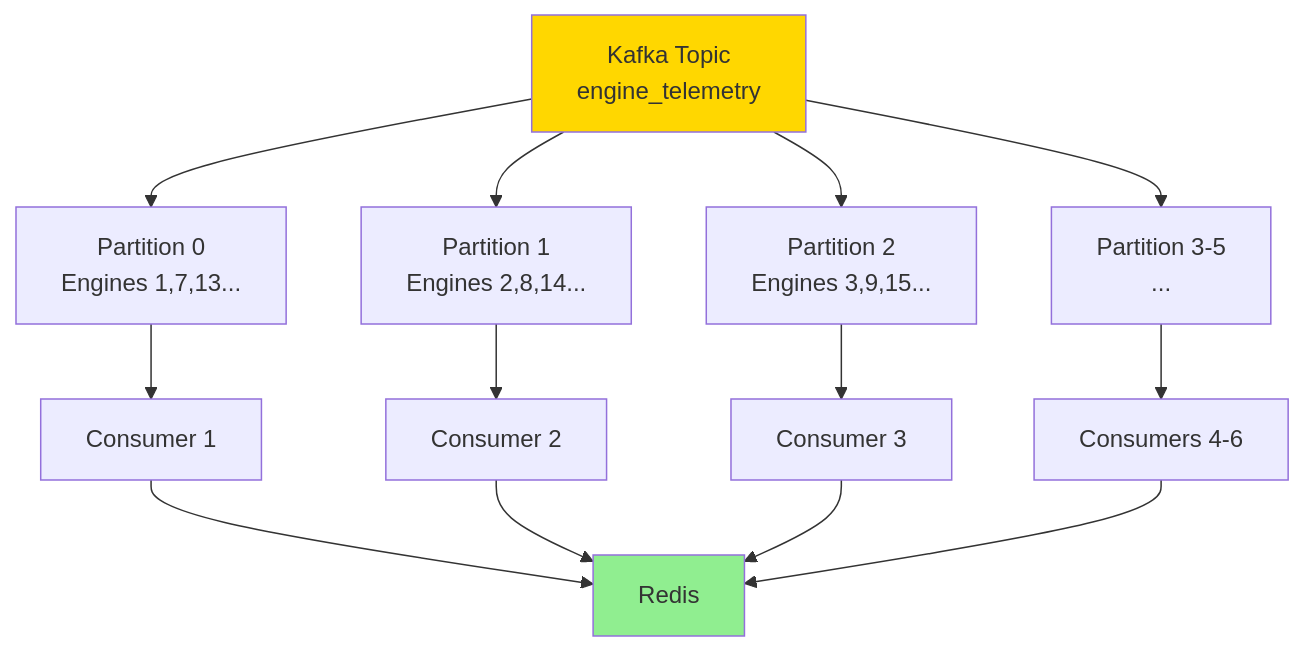
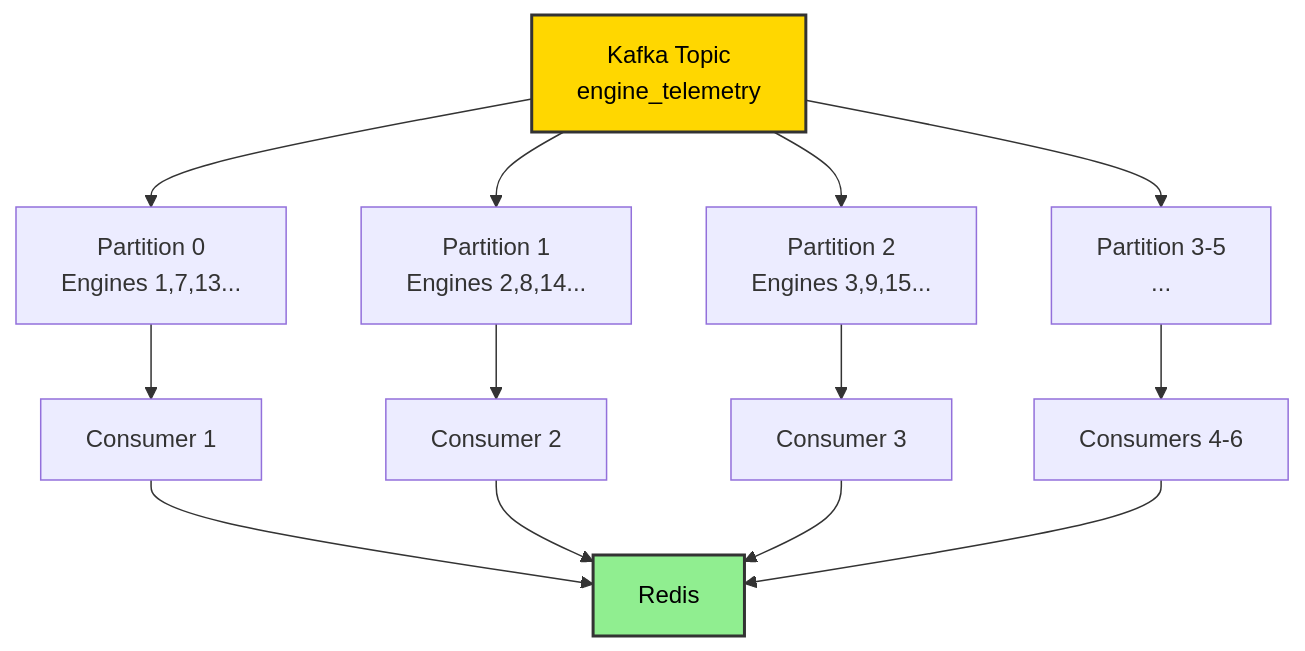
Before and after one commit to nasim-raj-laskar/Real-Time-Aircraft-Engine-Predictive-Maintenance-System: the second of 2 diagrams in docs/06_streaming_pipeline.md, drawn with Mermaid. The commit also changed other lines of this file and 8 other files, not shown here.

````diff
--- a/docs/06_streaming_pipeline.md
+++ b/docs/06_streaming_pipeline.md
@@ -108,20 +108,20 @@
 ```mermaid
 graph TD
     A[Kafka Topic<br/>engine_telemetry] --> B[Partition 0<br/>Engines 1,7,13...]
     A --> C[Partition 1<br/>Engines 2,8,14...]
     A --> D[Partition 2<br/>Engines 3,9,15...]
     A --> E[Partition 3-5<br/>...]
     
     B --> F[Consumer 1]
     C --> G[Consumer 2]
     D --> H[Consumer 3]
     E --> I[Consumers 4-6]
     
     F --> J[Redis]
     G --> J
     H --> J
     I --> J
     
-    style A fill:#FFD700
-    style J fill:#90EE90
+    style A fill:#FFD700,stroke:#333,stroke-width:2px,color:#000
+    style J fill:#90EE90,stroke:#333,stroke-width:2px,color:#000
 ```
````
